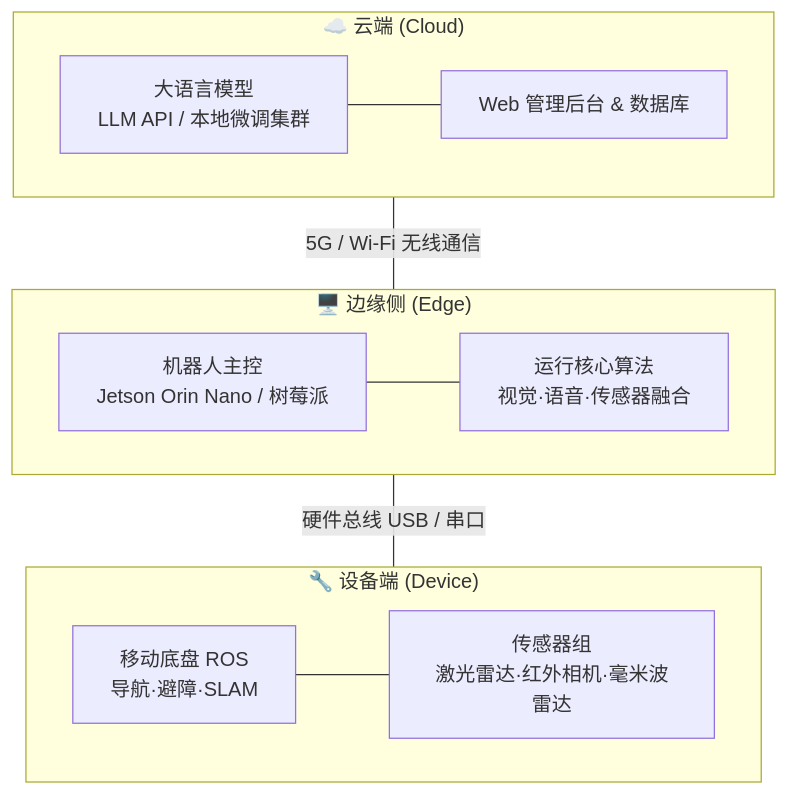
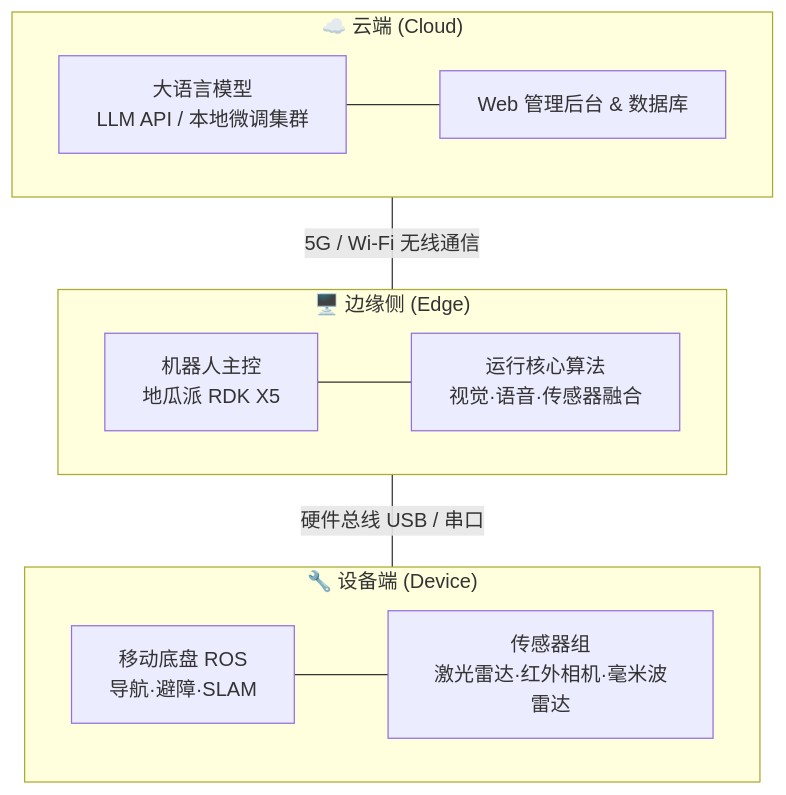
One commit to guozhianNB/Robot changed the diagram in docs/1.pre/task.md. Above: the diagram before and after it, drawn with Mermaid. The commit also changed other lines of this file and 11 other files, not shown here.

````diff
--- a/docs/1.pre/task.md
+++ b/docs/1.pre/task.md
@@ -29,24 +29,24 @@
 ```mermaid
 flowchart TB
     subgraph Cloud["☁️ 云端 (Cloud)"]
         LLM[大语言模型<br/>LLM API / 本地微调集群]
         Web[Web 管理后台 & 数据库]
     end
 
     subgraph Edge["🖥️ 边缘侧 (Edge)"]
-        MainCtrl[机器人主控<br/>Jetson Orin Nano / 树莓派]
+        MainCtrl[机器人主控<br/>地瓜派 RDK X5]
         Algo[运行核心算法<br/>视觉·语音·传感器融合]
     end
 
     subgraph Device["🔧 设备端 (Device)"]
         Chassis[移动底盘 ROS<br/>导航·避障·SLAM]
         Sensors[传感器组<br/>激光雷达·红外相机·毫米波雷达]
     end
 
     Cloud ---|5G / Wi-Fi 无线通信| Edge
     Edge ---|硬件总线 USB / 串口| Device
 
     LLM --- Web
     MainCtrl --- Algo
     Chassis --- Sensors
 ```
````
